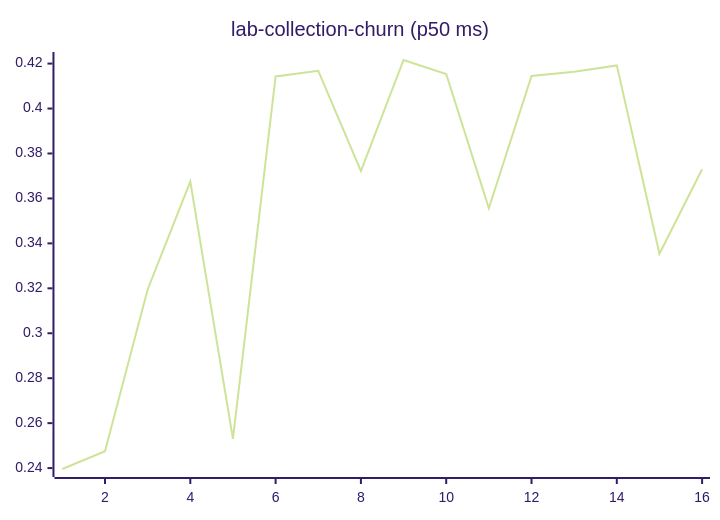
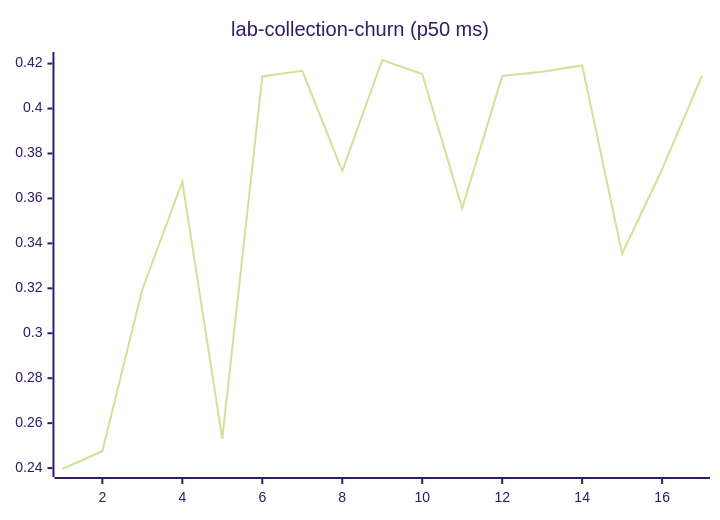
Before and after one commit to josha/Facet: diagram 11 of 27 in README.md, drawn with Mermaid (forest theme). The commit also changed other lines of this file and 2 other files, not shown here.

````diff
--- a/README.md
+++ b/README.md
@@ -133,6 +133,6 @@
 ```mermaid
 xychart-beta
     title "lab-collection-churn (p50 ms)"
-    x-axis 1 --> 16
-    line [0.2396, 0.2475, 0.3195, 0.3675, 0.2530, 0.4143, 0.4168, 0.3722, 0.4216, 0.4154, 0.3556, 0.4145, 0.4164, 0.4192, 0.3354, 0.3730]
+    x-axis 1 --> 17
+    line [0.2396, 0.2475, 0.3195, 0.3675, 0.2530, 0.4143, 0.4168, 0.3722, 0.4216, 0.4154, 0.3556, 0.4145, 0.4164, 0.4192, 0.3354, 0.3730, 0.4147]
 ```
````
